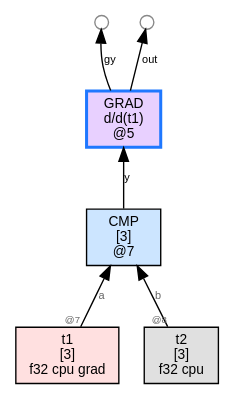
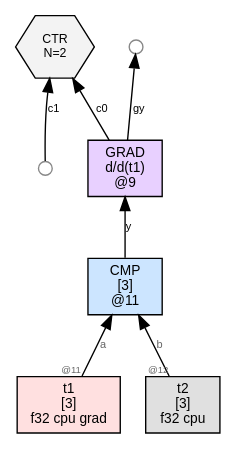
Before and after one commit to sw1sh/TinyHVM: the diagram in wl/examples/thvm_graphs/grad_rules/cmp/thvm_0_pre_reduce.dot, drawn with Graphviz. The commit also changed 184 other files, not shown here.

First line of the commit message:
grad: NUM(1) seed; CTR consumer; STOP_AFTER_SWEEP; keep ADD intermediate

```diff
--- a/wl/examples/thvm_graphs/grad_rules/cmp/thvm_0_pre_reduce.dot
+++ b/wl/examples/thvm_graphs/grad_rules/cmp/thvm_0_pre_reduce.dot
@@ -1,17 +1,19 @@
 digraph G {
   rankdir=BT;
   node [fontname="Helvetica", fontsize=10, style=filled, shape=box, margin="0.1,0.05"];
   edge [fontsize=8, fontname="Helvetica"];
 
-  n7 [label="CMP\n[3]\n@7", shape=box, fillcolor="#cce5ff"];
+  n9 [label="GRAD\nd/d(t1)\n@9", shape=box, fillcolor="#e8d0ff"];
+  n11 -> n9 [label="y"];
+  free9_1 [label="",shape=circle,width=0.14,height=0.14,fixedsize=true,fillcolor="#ffffff",color="#888888",fontsize=1];
+  n9 -> free9_1 [label="gy"];
+  n11 [label="CMP\n[3]\n@11", shape=box, fillcolor="#cce5ff"];
   t1 [label="t1\n[3]\nf32 cpu grad",shape=box,fillcolor="#ffe0e0"];
-  t1 -> n7 [label="a",taillabel="@7",labelfontsize=7,fontcolor="#666666"];
+  t1 -> n11 [label="a",taillabel="@11",labelfontsize=7,fontcolor="#666666"];
   t2 [label="t2\n[3]\nf32 cpu",shape=box,fillcolor="#e0e0e0"];
-  t2 -> n7 [label="b",taillabel="@8",labelfontsize=7,fontcolor="#666666"];
-  n5 [label="GRAD\nd/d(t1)\n@5", shape=box, fillcolor="#e8d0ff",color="#1f78ff",penwidth=2.2];
-  n7 -> n5 [label="y"];
-  free5_1 [label="",shape=circle,width=0.14,height=0.14,fixedsize=true,fillcolor="#ffffff",color="#888888",fontsize=1];
-  n5 -> free5_1 [label="gy"];
-  free5_1000 [label="",shape=circle,width=0.14,height=0.14,fixedsize=true,fillcolor="#ffffff",color="#888888",fontsize=1];
-  n5 -> free5_1000 [label="out"];
+  t2 -> n11 [label="b",taillabel="@12",labelfontsize=7,fontcolor="#666666"];
+  ctr7 [label="CTR\nN=2", shape=hexagon, fillcolor="#f3f3f3", fontsize=9];
+  n9 -> ctr7 [label="c0"];
+  free7_1 [label="",shape=circle,width=0.14,height=0.14,fixedsize=true,fillcolor="#ffffff",color="#888888",fontsize=1];
+  free7_1 -> ctr7 [label="c1"];
 }
```
